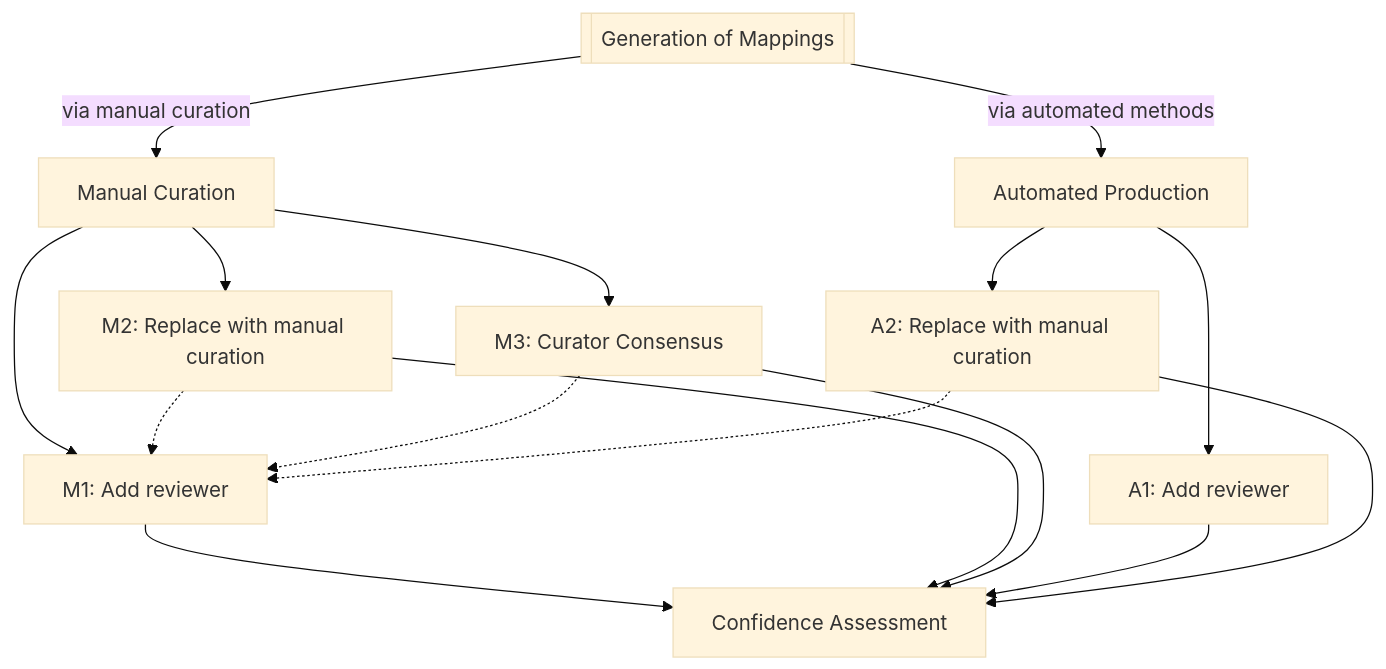
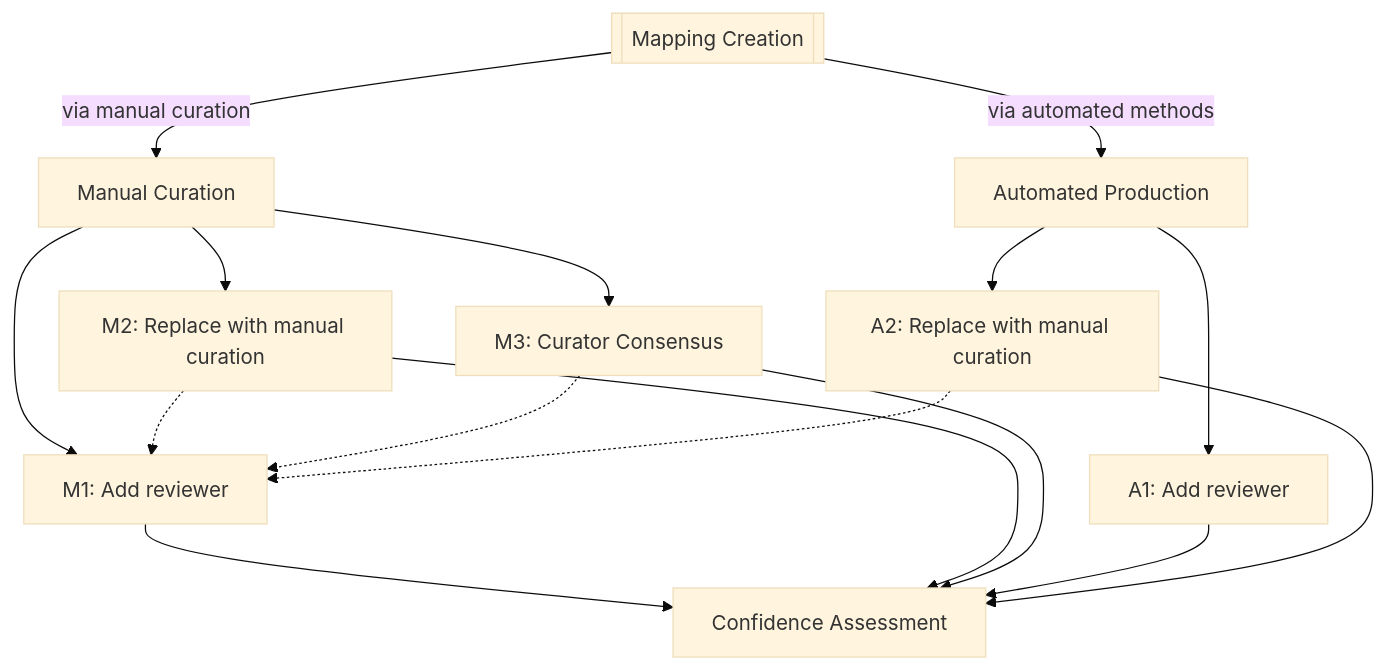
One commit to cthoyt/cthoyt.github.io changed the diagram in _posts/2026/2026-08-27-reviewing-sssom.md. Above: the diagram before and after it, drawn with Mermaid (base theme). The commit also changed other lines of this file, not shown here.

````diff
--- a/_posts/2026/2026-08-27-reviewing-sssom.md
+++ b/_posts/2026/2026-08-27-reviewing-sssom.md
@@ -14,17 +25,17 @@
 ```mermaid
 flowchart TD
-    Start[[Generation of Mappings]]
+    Start[[Mapping Creation]]
     Manual[Manual Curation]
     Automated[Automated Production]
     Final[Confidence Assessment]
     Start -->|via manual curation| Manual
     Start -->|via automated methods| Automated
     Manual --> M1[M1: Add reviewer] --> Final
     Manual --> M2[M2: Replace with manual curation] --> Final
     Manual --> M3[M3: Curator Consensus] --> Final
     M2 -.-> M1
     M3 -.-> M1
     Automated --> A1[A1: Add reviewer] --> Final
     Automated --> A2[A2: Replace with manual curation] --> Final
     A2 -.-> M1
 ```
````
